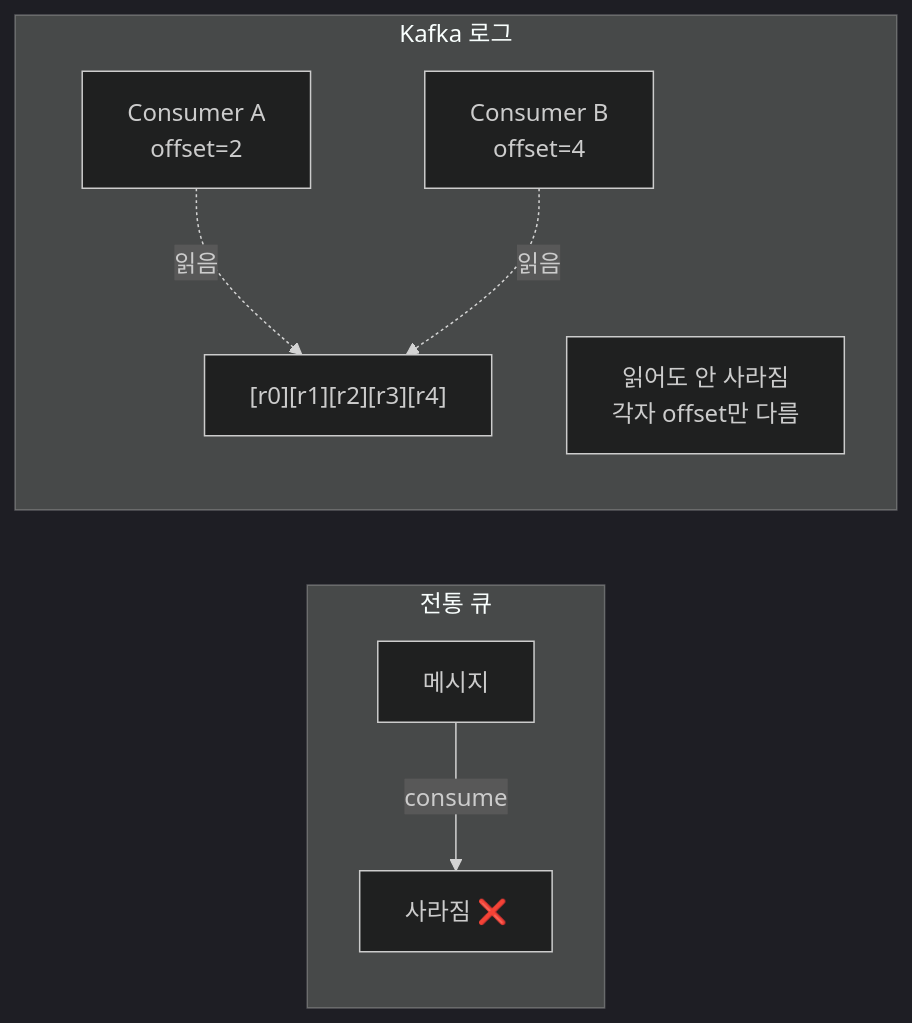
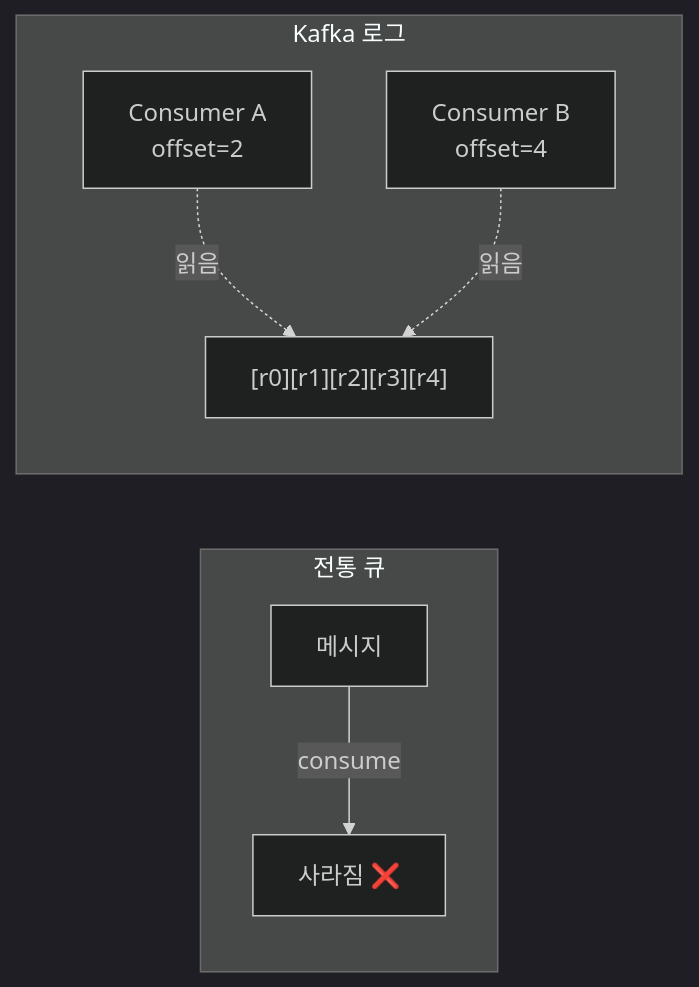
One commit to ghtjr410/kafka-lab changed the first of 3 diagrams in docs/book/1-internals/01-what-is-kafka.md. Above: the diagram before and after it, drawn with Mermaid (dark theme). The commit also changed other lines of this file and 1 other file, not shown here.

````diff
--- a/docs/book/1-internals/01-what-is-kafka.md
+++ b/docs/book/1-internals/01-what-is-kafka.md
@@ -28,12 +28,11 @@
 ```mermaid
 graph LR
     subgraph 전통 큐
         Q[메시지] -->|consume| X["사라짐 ❌"]
     end
     subgraph Kafka 로그
         L["[r0][r1][r2][r3][r4]"]
         CA["Consumer A<br/>offset=2"] -.읽음.-> L
         CB["Consumer B<br/>offset=4"] -.읽음.-> L
-        Note["읽어도 안 사라짐<br/>각자 offset만 다름"]
     end
 ```
````
